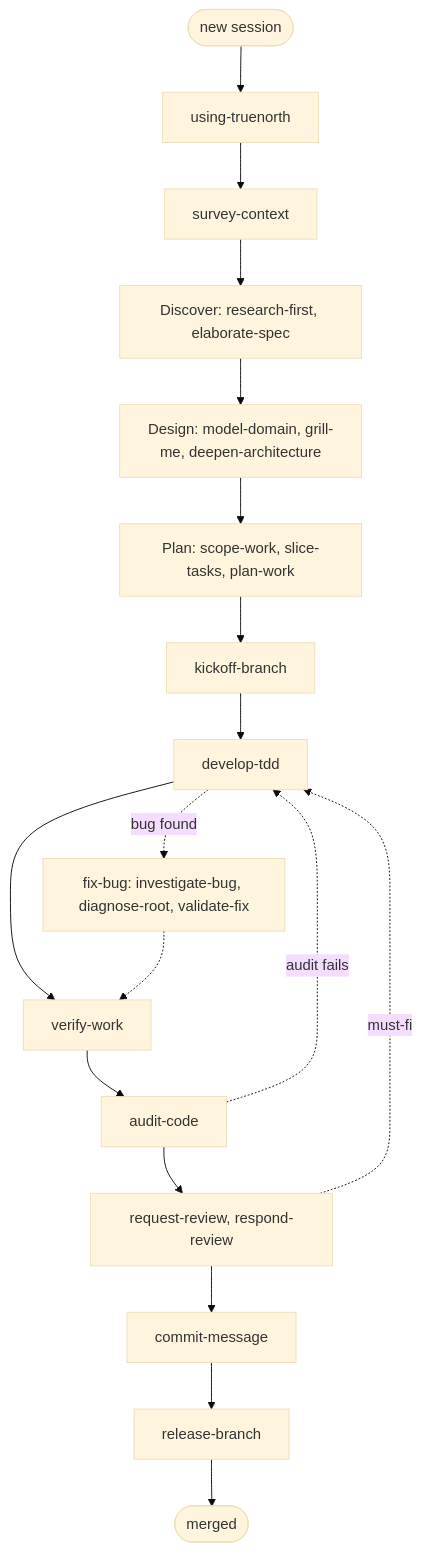
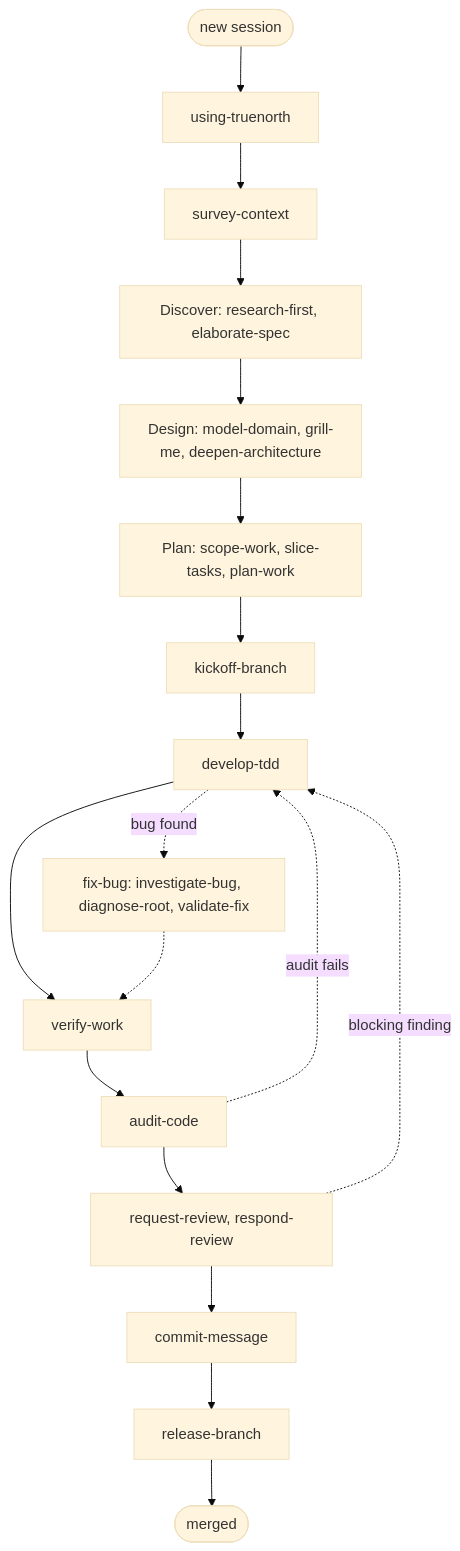
Before and after one commit to vixygrey/truenorth-mcp: the diagram in wiki/The-skill-workflow.md, drawn with Mermaid (base theme). The commit also changed other lines of this file and 30 other files, not shown here.

````diff
--- a/wiki/The-skill-workflow.md
+++ b/wiki/The-skill-workflow.md
@@ -36,21 +36,21 @@
 ```mermaid
 flowchart TD
     Start([new session]) --> UT[using-truenorth]
     UT --> SC[survey-context]
     SC --> Discover[Discover: research-first, elaborate-spec]
     Discover --> Design[Design: model-domain, grill-me, deepen-architecture]
     Design --> Plan[Plan: scope-work, slice-tasks, plan-work]
     Plan --> Kickoff[kickoff-branch]
     Kickoff --> TDD[develop-tdd]
     TDD --> Verify[verify-work]
     Verify --> Audit[audit-code]
     Audit --> Review[request-review, respond-review]
     Review --> Commit[commit-message]
     Commit --> Release[release-branch]
     Release --> Done([merged])
 
     TDD -.bug found.-> FixBug[fix-bug: investigate-bug, diagnose-root, validate-fix]
     FixBug -.-> Verify
     Audit -.audit fails.-> TDD
-    Review -.must-fix.-> TDD
+    Review -.blocking finding.-> TDD
 ```
````
